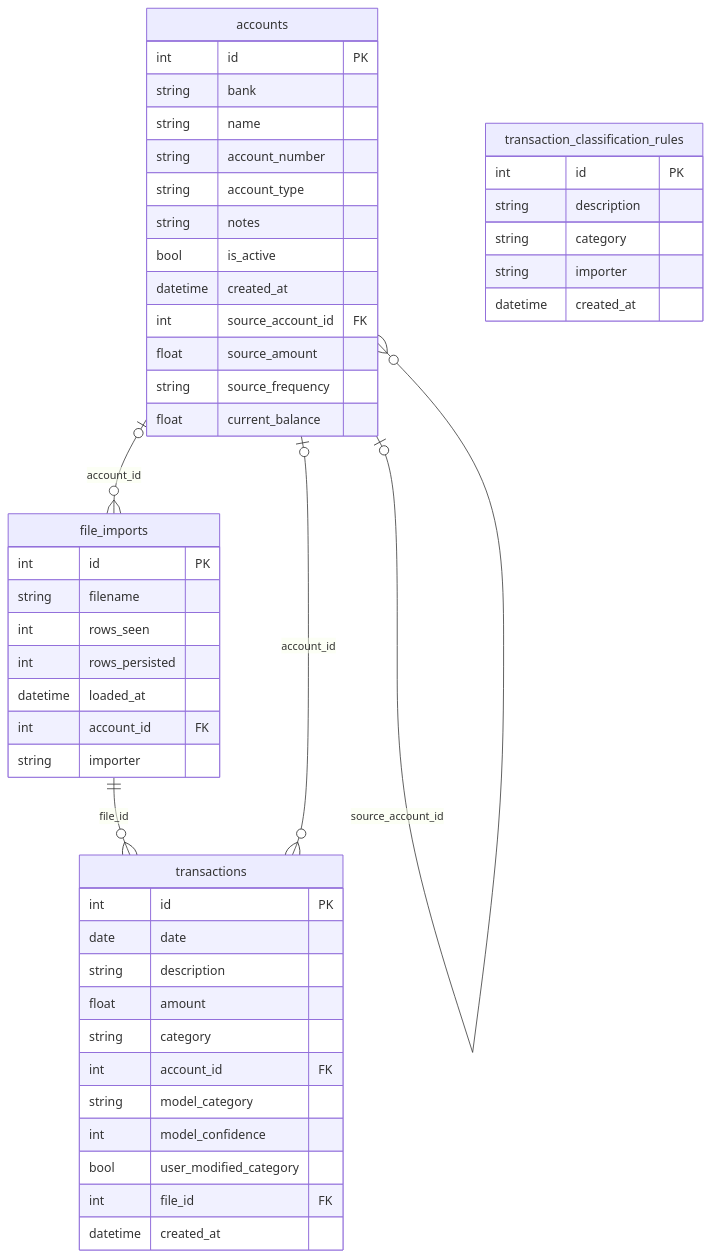
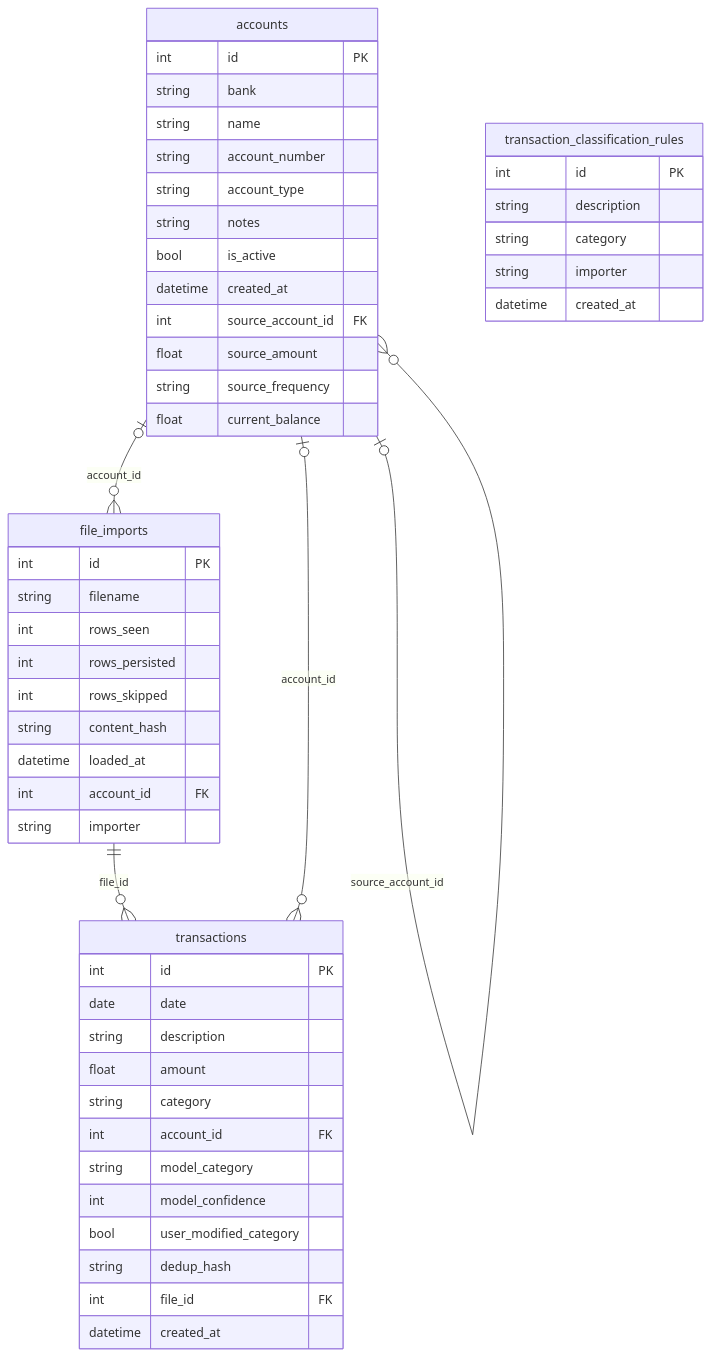
Before and after one commit to ag-sd/faresight: the diagram in README.md, drawn with Mermaid. The commit also changed 9 other files, not shown here.

````diff
--- a/README.md
+++ b/README.md
@@ -197,54 +197,57 @@
 ```mermaid
 erDiagram
     file_imports {
         int      id           PK
         string   filename
         int      rows_seen
         int      rows_persisted
+        int      rows_skipped
+        string   content_hash
         datetime loaded_at
         int      account_id   FK
         string   importer
     }
 
     accounts {
         int      id                 PK
         string   bank
         string   name
         string   account_number
         string   account_type
         string   notes
         bool     is_active
         datetime created_at
         int      source_account_id FK
         float    source_amount
         string   source_frequency
         float    current_balance
     }
 
     transactions {
         int      id                    PK
         date     date
         string   description
         float    amount
         string   category
         int      account_id            FK
         string   model_category
         int      model_confidence
         bool     user_modified_category
+        string   dedup_hash
         int      file_id               FK
         datetime created_at
     }
 
     transaction_classification_rules {
         int      id          PK
         string   description
         string   category
         string   importer
         datetime created_at
     }
 
     file_imports  ||--o{ transactions : "file_id"
     accounts      |o--o{ transactions : "account_id"
     accounts      |o--o{ accounts     : "source_account_id"
     accounts      |o--o{ file_imports : "account_id"
 ```
````
